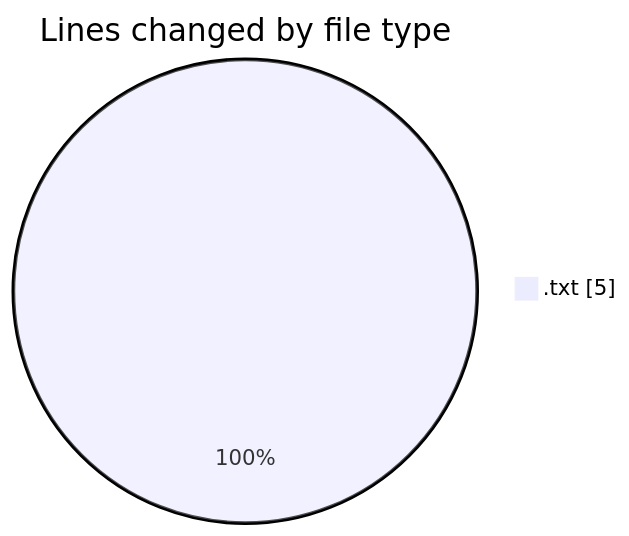
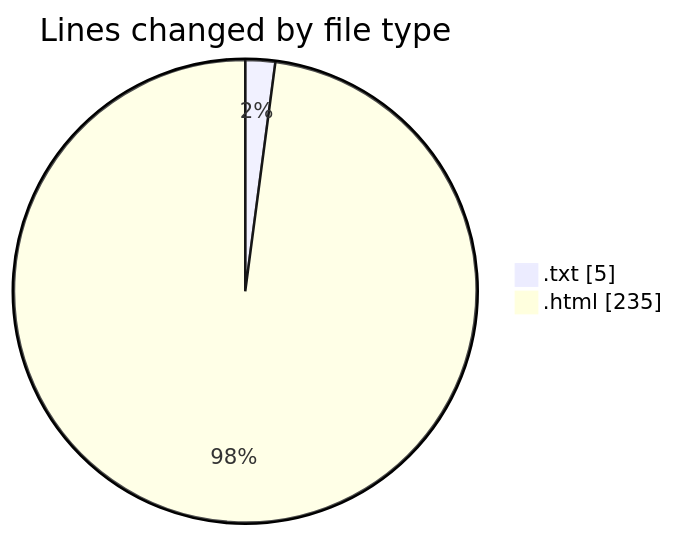
Before and after one commit to Ritupan-Deka/code-tracking: the first of 2 diagrams in 2025-06-02/documents/README.md, drawn with Mermaid. The commit also changed other lines of this file and 1 other file, not shown here.

````diff
--- a/2025-06-02/documents/README.md
+++ b/2025-06-02/documents/README.md
@@ -20,5 +21,6 @@
 ```mermaid
 pie showData
 title Lines changed by file type
 ".txt" : 5
+".html" : 235
 ```
````
